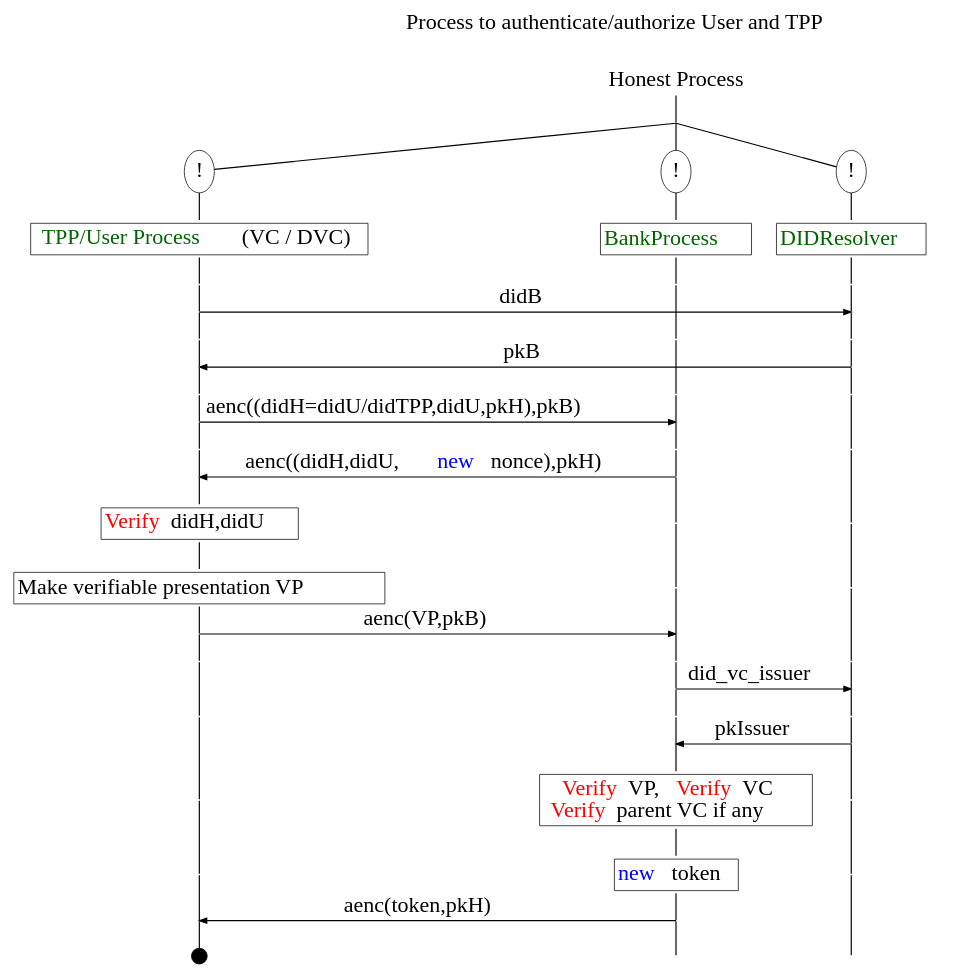
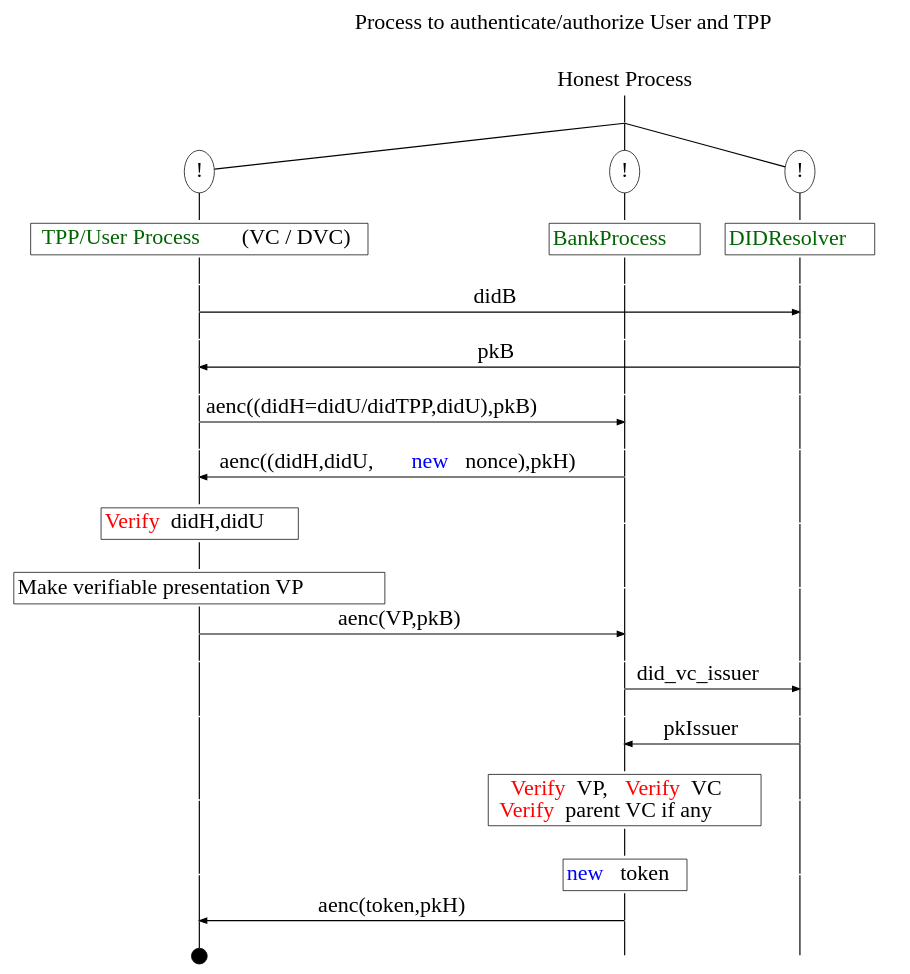
The diagram in Diagram/diagram_general_auth.dot (thphong/ssi-proverif), drawn with Graphviz before and after one commit. The commit also changed 5 other files, not shown here.

```diff
--- a/Diagram/diagram_general_auth.dot
+++ b/Diagram/diagram_general_auth.dot
@@ -1,168 +1,168 @@
 digraph {
 graph [ordering = out, rankdir=TB]
 edge [arrowhead = none, penwidth = 1.6, fontsize = 30]
 node [shape = point, width = 0, height = 0, fontsize = 30]
 Trace [label = <Process to authenticate/authorize User and TPP<br/>
 >, shape = plaintext]
 P_Honest_Process [label = "Honest Process", shape = plaintext]
 Trace -> P_Honest_Process [label = "", style = invisible, weight = 100]
 P_Honest_Process -> P_L0_Root [label = <>, weight = 100]
 /*RPar */
 P_L0_Root -> P_L1_TPP [label = <>]
 P_L0_Root -> P_L1_Bank [label = <>]
 P_L0_Root -> P_L1_Resolver [label = <>]
 P_L0_Root [label = "", fixedsize = false, width = 0, height = 0, shape = none]
 P_L1_TPP [label = "!", shape = ellipse]
 P_L1_Bank [label = "!", shape = ellipse]
 P_L1_Resolver [label = "!", shape = ellipse]
 {rank = same; P_L1_TPP P_L1_Bank P_L1_Resolver }
 
 /*Level 2 */
 
 P_L1_TPP -> P_L2_TPP [label = <>, weight = 100]
 P_L1_Bank -> P_L2_Bank [label = <>, weight = 100]
 P_L1_Resolver -> P_L2_Resolver [label = <>, weight = 100]
 {rank = same; P_L2_TPP P_L2_Bank P_L2_Resolver }
 
 P_L2_TPP [shape = plaintext, label = <<TABLE BORDER="0" CELLBORDER="1" CELLSPACING="0" CELLPADDING="4"> <TR><TD> <FONT COLOR="darkgreen">TPP/User Process</FONT>(VC / DVC)</TD></TR></TABLE>>]
 P_L2_Bank [shape = plaintext, label = <<TABLE BORDER="0" CELLBORDER="1" CELLSPACING="0" CELLPADDING="4"> <TR><TD><FONT COLOR="darkgreen">BankProcess</FONT></TD></TR></TABLE>>]
 P_L2_Resolver [shape = plaintext, label = <<TABLE BORDER="0" CELLBORDER="1" CELLSPACING="0" CELLPADDING="4"> <TR><TD><FONT COLOR="darkgreen">DIDResolver</FONT></TD></TR></TABLE>>]
 
 P_L2_TPP -> P_L2t_TPP [label = <>, weight = 100]
 P_L2_Bank -> P_L2t_Bank [label = <>, weight = 100]
 P_L2_Resolver -> P_L2t_Resolver [label = <>, weight = 100]
 {rank = same; P_L2t_TPP P_L2t_Bank P_L2t_Resolver }
 
 
 /*Level 3 */
 
 P_L2t_TPP -> P_L3_TPP [label = <>, weight = 100]
 P_L2t_Resolver -> P_L3_Resolver [label = <>, weight = 100]
 {rank = same; P_L3_TPP P_L3_Resolver }
 P_L3_TPP -> P_L3_Resolver [label = <didB>, arrowhead = normal]
 
 P_L3_TPP -> P_L3t_TPP [label = <>, weight = 100]
 P_L2t_Bank -> P_L3t_Bank [label = <>, weight = 100]
 P_L3_Resolver -> P_L3t_Resolver [label = <>, weight = 100]
 {rank = same; P_L3t_TPP P_L3t_Bank P_L3t_Resolver }
 
 
 /*Level 4 with box */
 
 P_L3t_TPP -> P_L4_TPP [label = <>, weight = 100]
 P_L3t_Resolver -> P_L4_Resolver [label = <>, weight = 100]
 {rank = same; P_L4_TPP P_L4_Resolver }
 P_L4_TPP -> P_L4_Resolver [label = <pkB>, dir = back, arrowhead = normal]
 
 P_L4_TPP -> P_L4t_TPP [label = <>, weight = 100]
 P_L3t_Bank -> P_L4t_Bank [label = <>, weight = 100]
 P_L4_Resolver -> P_L4t_Resolver [label = <>, weight = 100]
 {rank = same; P_L4t_TPP P_L4t_Bank P_L4t_Resolver }
 
 /*Level 4-didU 
 
 P_L4t_TPP -> P_L4didU_TPP [label = <>, weight = 100]
 P_L4t_Resolver -> P_L4didU_Resolver [label = <>, weight = 100]
 {rank = same; P_L4didU_TPP P_L4didU_Resolver }
 P_L4didU_TPP -> P_L4didU_Resolver [label = <pkU>, dir = back, arrowhead = normal]
 
 P_L4didU_TPP -> P_L4didUt_TPP [label = <>, weight = 100]
 P_L4didUt_TPP [shape = plaintext, label = <<TABLE BORDER="0" CELLBORDER="1" CELLSPACING="0" CELLPADDING="4"> <TR><TD><FONT COLOR="red">Verify</FONT> pkU, pkB with DVC</TD></TR></TABLE>>]
 P_L4t_Bank -> P_L4didUt_Bank [label = <>, weight = 100]
 P_L4didU_Resolver -> P_L4didUt_Resolver [label = <>, weight = 100]
 {rank = same; P_L4didUt_TPP P_L4didUt_Bank P_L4didUt_Resolver }
 
 P_L4didUt_TPP -> P_L4didUtt_TPP [label = <>, weight = 100]
 P_L4didUt_Bank -> P_L4didUtt_Bank [label = <>, weight = 100]
 P_L4didUt_Resolver -> P_L4didUtt_Resolver [label = <>, weight = 100]
 {rank = same; P_L4didUtt_TPP P_L4didUtt_Bank P_L4didUtt_Resolver }*/
 
 /*Level 5 */
 
 P_L4t_TPP -> P_L5_TPP [label = <>, weight = 100]
 P_L4t_Bank -> P_L5_Bank [label = <>, weight = 100]
 {rank = same; P_L5_TPP P_L5_Bank }
-P_L5_TPP -> P_L5_Bank [label = <aenc((didH=didU/didTPP,didU,pkH),pkB)>, arrowhead = normal]
+P_L5_TPP -> P_L5_Bank [label = <aenc((didH=didU/didTPP,didU),pkB)>, arrowhead = normal]
 
 P_L5_TPP -> P_L5t_TPP [label = <>, weight = 100]
 P_L5_Bank -> P_L5t_Bank [label = <>, weight = 100]
 P_L4t_Resolver -> P_L5t_Resolver [label = <>, weight = 100]
 {rank = same; P_L5t_TPP P_L5t_Bank P_L5t_Resolver }
 
 /*Level 6 */
 
 P_L5t_TPP -> P_L6_TPP [label = <>, weight = 100]
 P_L5t_Bank -> P_L6_Bank [label = <>, weight = 100]
 {rank = same; P_L6_TPP P_L6_Bank }
 P_L6_TPP -> P_L6_Bank [label = <aenc((didH,didU,<FONT COLOR="blue">new </FONT>nonce),pkH)>, dir = back, arrowhead = normal]
 
 P_L6_TPP -> P_L6t_TPP [label = <>, weight = 100]
 P_L6t_TPP [shape = plaintext, label = <<TABLE BORDER="0" CELLBORDER="1" CELLSPACING="0" CELLPADDING="4"> <TR><TD><FONT COLOR="red">Verify</FONT> didH,didU</TD></TR></TABLE>>]
 P_L6_Bank -> P_L6t_Bank [label = <>, weight = 100]
 P_L5t_Resolver -> P_L6t_Resolver [label = <>, weight = 100]
 {rank = same; P_L6t_TPP P_L6t_Bank P_L6t_Resolver }
 
 P_L6t_TPP -> P_L6tt_TPP [label = <>, weight = 100]
 P_L6tt_TPP [shape = plaintext, label = <<TABLE BORDER="0" CELLBORDER="1" CELLSPACING="0" CELLPADDING="4"> <TR><TD>Make verifiable presentation VP</TD></TR></TABLE>>]
 P_L6t_Bank -> P_L6tt_Bank [label = <>, weight = 100]
 P_L6t_Resolver -> P_L6tt_Resolver [label = <>, weight = 100]
 {rank = same; P_L6tt_TPP P_L6tt_Bank P_L6tt_Resolver }
 
 /*Level 7 */
 
 P_L6tt_TPP -> P_L7_TPP [label = <>, weight = 100]
 P_L6tt_Bank -> P_L7_Bank [label = <>, weight = 100]
 {rank = same; P_L7_TPP P_L7_Bank }
 P_L7_TPP -> P_L7_Bank [label = <aenc(VP,pkB)>, arrowhead = normal]
 
 P_L7_TPP -> P_L7t_TPP [label = <>, weight = 100]
 P_L7_Bank -> P_L7t_Bank [label = <>, weight = 100]
 P_L6tt_Resolver -> P_L7t_Resolver [label = <>, weight = 100]
 {rank = same; P_L7t_TPP P_L7t_Bank P_L7t_Resolver }
 
 /*Level 8 */
 
 P_L7t_Bank -> P_L8_Bank [label = <>, weight = 100]
 P_L7t_Resolver -> P_L8_Resolver [label = <>, weight = 100]
 {rank = same; P_L8_Bank P_L8_Resolver }
 P_L8_Bank -> P_L8_Resolver [label = <did_vc_issuer>, arrowhead = normal]
 
 P_L7t_TPP -> P_L8t_TPP [label = <>, weight = 100]
 P_L8_Bank -> P_L8t_Bank [label = <>, weight = 100]
 P_L8_Resolver -> P_L8t_Resolver [label = <>, weight = 100]
 {rank = same; P_L8t_TPP P_L8t_Bank P_L8t_Resolver }
 
 /*Level 9 */
 
 P_L8t_Bank -> P_L9_Bank [label = <>, weight = 100]
 P_L8t_Resolver -> P_L9_Resolver [label = <>, weight = 100]
 {rank = same; P_L9_Bank P_L9_Resolver }
 P_L9_Bank -> P_L9_Resolver [label = <pkIssuer>, dir = back, arrowhead = normal]
 
 P_L8t_TPP -> P_L9t_TPP [label = <>, weight = 100]
 P_L9_Bank -> P_L9t_Bank [label = <>, weight = 100]
 P_L9t_Bank [shape = plaintext, label = <<TABLE BORDER="0" CELLBORDER="1" CELLSPACING="0" CELLPADDING="4"> <TR><TD><FONT COLOR="red">Verify</FONT> VP, <FONT COLOR="red">Verify</FONT> VC <br/> <FONT COLOR="red">Verify</FONT> parent VC if any</TD></TR></TABLE>>]
 P_L9_Resolver -> P_L9t_Resolver [label = <>, weight = 100]
 {rank = same; P_L9t_TPP P_L9t_Bank P_L9t_Resolver }
 
 P_L9t_TPP -> P_L9tt_TPP [label = <>, weight = 100]
 P_L9t_Bank -> P_L9tt_Bank [label = <>, weight = 100]
 P_L9tt_Bank [shape = plaintext, label = <<TABLE BORDER="0" CELLBORDER="1" CELLSPACING="0" CELLPADDING="4"> <TR><TD><FONT COLOR="blue">new </FONT>token</TD></TR></TABLE>>]
 P_L9t_Resolver -> P_L9tt_Resolver [label = <>, weight = 100]
 {rank = same; P_L9tt_TPP P_L9tt_Bank P_L9tt_Resolver }
 
 /*Level 10 */
 
 P_L9tt_TPP -> P_L10_TPP [label = <>, weight = 100]
 P_L9tt_Bank -> P_L10_Bank [label = <>, weight = 100]
 {rank = same; P_L10_TPP P_L10_Bank }
 P_L10_TPP -> P_L10_Bank [label = <aenc(token,pkH)>, dir = back, arrowhead = normal]
 
 P_L10_TPP -> P_L10t_TPP [label = <>, weight = 100]
 P_L10_Bank -> P_L10t_Bank [label = <>, weight = 100]
 P_L10t_TPP [label = "", width = 0.3, height = 0.3]
 P_L9tt_Resolver -> P_L10t_Resolver [label = <>, weight = 100]
 {rank = same; P_L10t_TPP P_L10t_Bank P_L10t_Resolver }
 
 
 }
```
